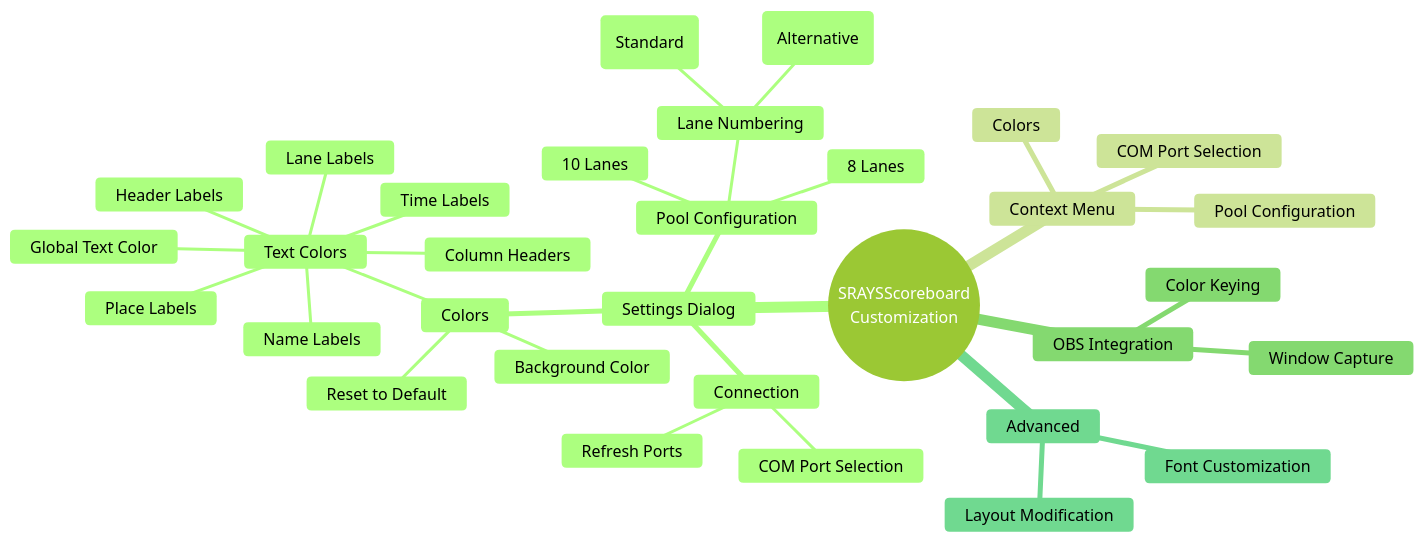
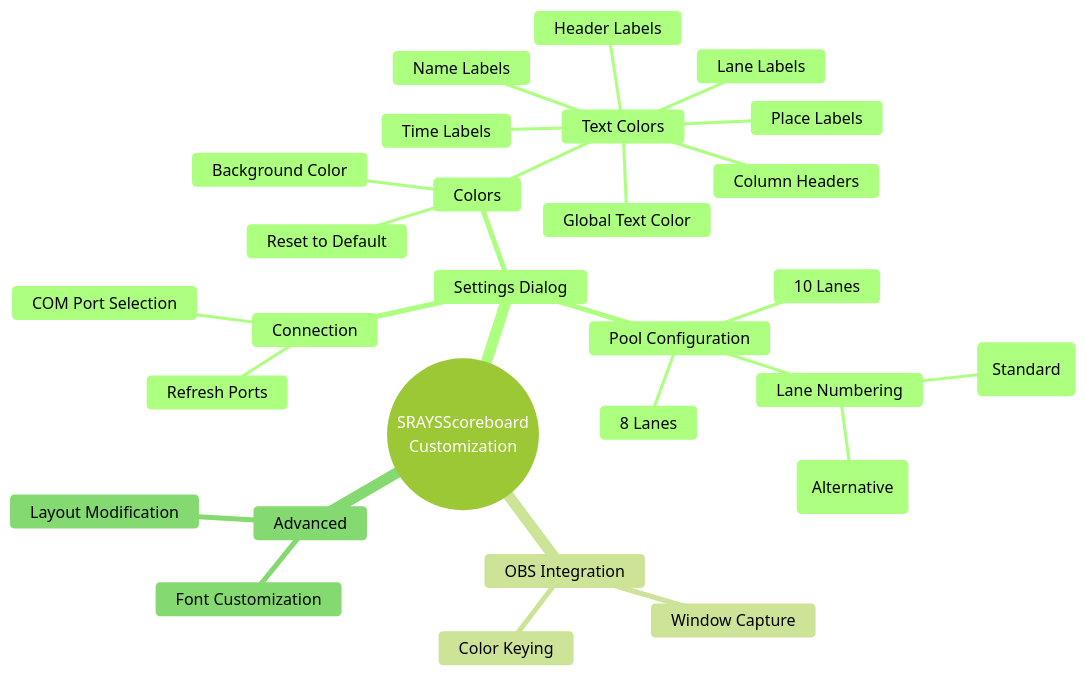
Before and after one commit to fvishram/SRAYSScoreboard: the first of 3 diagrams in docs/CUSTOMIZATION.md, drawn with Mermaid (forest theme). The commit also changed other lines of this file and 3 other files, not shown here.

Commit message:
Update documentation: Remove context menu references and add VSCode UI development guide

````diff
--- a/docs/CUSTOMIZATION.md
+++ b/docs/CUSTOMIZATION.md
@@ -5,35 +5,31 @@
 ```mermaid
 mindmap
   root((SRAYSScoreboard<br>Customization))
     Settings Dialog
       Connection
         COM Port Selection
         Refresh Ports
       Colors
         Background Color
         Text Colors
           Global Text Color
           Header Labels
           Column Headers
           Name Labels
           Time Labels
           Place Labels
           Lane Labels
         Reset to Default
       Pool Configuration
         8 Lanes
         10 Lanes
         Lane Numbering
           1-10 (Standard)
           0-9 (Alternative)
-    Context Menu
-      COM Port Selection
-      Colors
-      Pool Configuration
     OBS Integration
       Window Capture
       Color Keying
     Advanced
       Font Customization
       Layout Modification
 ```
````
